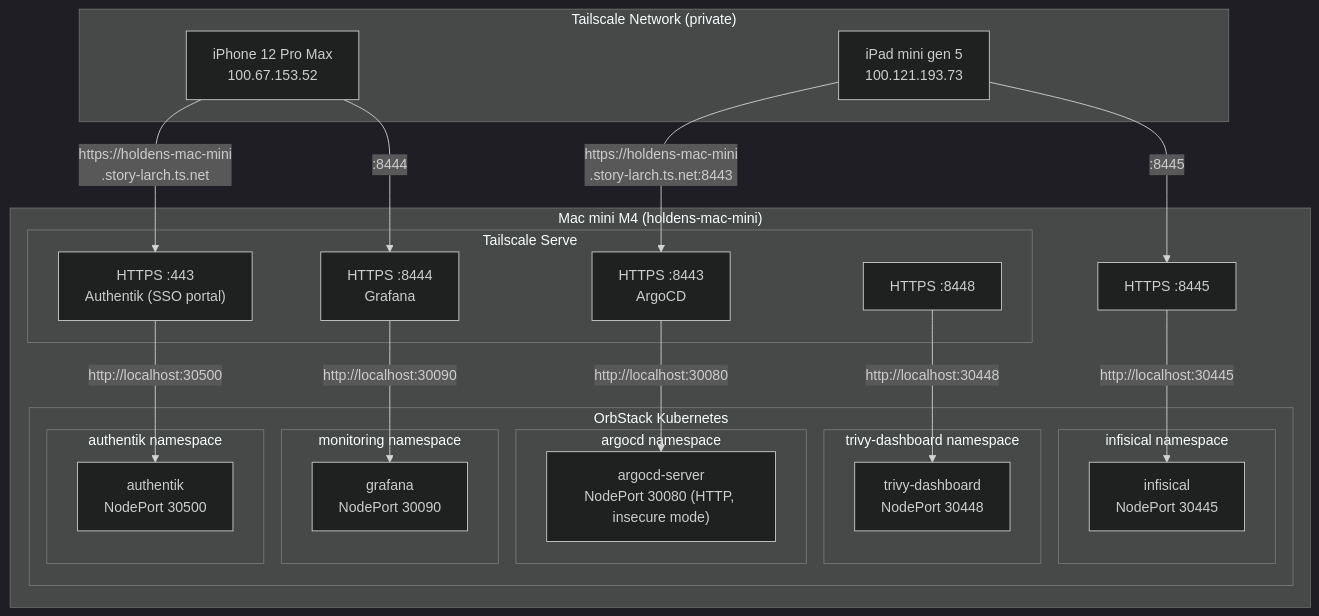
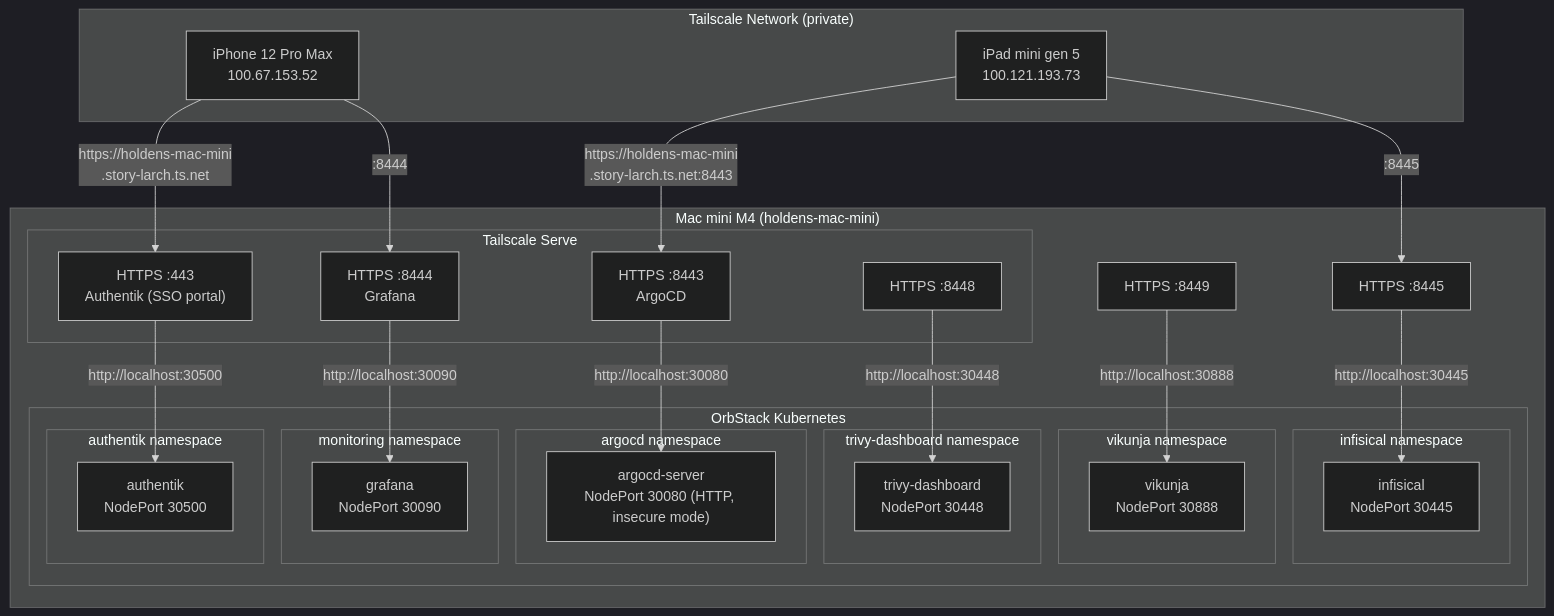
One commit to haingth77/homelab changed the first of 4 diagrams in docs/infrastructure/networking.md. Above: the diagram before and after it, drawn with Mermaid (dark theme). The commit also changed other lines of this file and 9 other files, not shown here.

````diff
--- a/docs/infrastructure/networking.md
+++ b/docs/infrastructure/networking.md
@@ -20,45 +20,49 @@
 ```mermaid
 flowchart TD
     subgraph tailnet["Tailscale Network (private)"]
         iPhone["iPhone 12 Pro Max\n100.67.153.52"]
         iPad["iPad mini gen 5\n100.121.193.73"]
     end
 
     subgraph mac["Mac mini M4 (holdens-mac-mini)"]
         subgraph ts["Tailscale Serve"]
             TLS443["HTTPS :443\nAuthentik (SSO portal)"]
             TLS8443["HTTPS :8443\nArgoCD"]
             TLS8444["HTTPS :8444\nGrafana"]
             TLS8448
         end
 
         subgraph orbstack["OrbStack Kubernetes"]
             subgraph authentikNs["authentik namespace"]
                 AuthentikSvc["authentik\nNodePort 30500"]
             end
             subgraph argocdNs["argocd namespace"]
                 ArgoCDSvc["argocd-server\nNodePort 30080 (HTTP, insecure mode)"]
             end
             subgraph monNs["monitoring namespace"]
                 GrafanaSvc["grafana\nNodePort 30090"]
             end
             subgraph infisicalNs["infisical namespace"]
                 InfisicalSvc["infisical\nNodePort 30445"]
             end
             subgraph trivyDashNs["trivy-dashboard namespace"]
                 TrivyDashSvc["trivy-dashboard\nNodePort 30448"]
             end
+            subgraph vikunjaNs["vikunja namespace"]
+                VikunjaSvc["vikunja\nNodePort 30888"]
+            end
         end
 
         TLS443 -- "http://localhost:30500" --> AuthentikSvc
         TLS8443 -- "http://localhost:30080" --> ArgoCDSvc
         TLS8444 -- "http://localhost:30090" --> GrafanaSvc
             TLS8445["HTTPS :8445"] -- "http://localhost:30445" --> InfisicalSvc
             TLS8448["HTTPS :8448"] -- "http://localhost:30448" --> TrivyDashSvc
+            TLS8449["HTTPS :8449"] -- "http://localhost:30888" --> VikunjaSvc
     end
 
     iPhone -- "https://holdens-mac-mini\n.story-larch.ts.net" --> TLS443
     iPad -- "https://holdens-mac-mini\n.story-larch.ts.net:8443" --> TLS8443
     iPhone -- ":8444" --> TLS8444
     iPad -- ":8445" --> TLS8445
 ```
````
